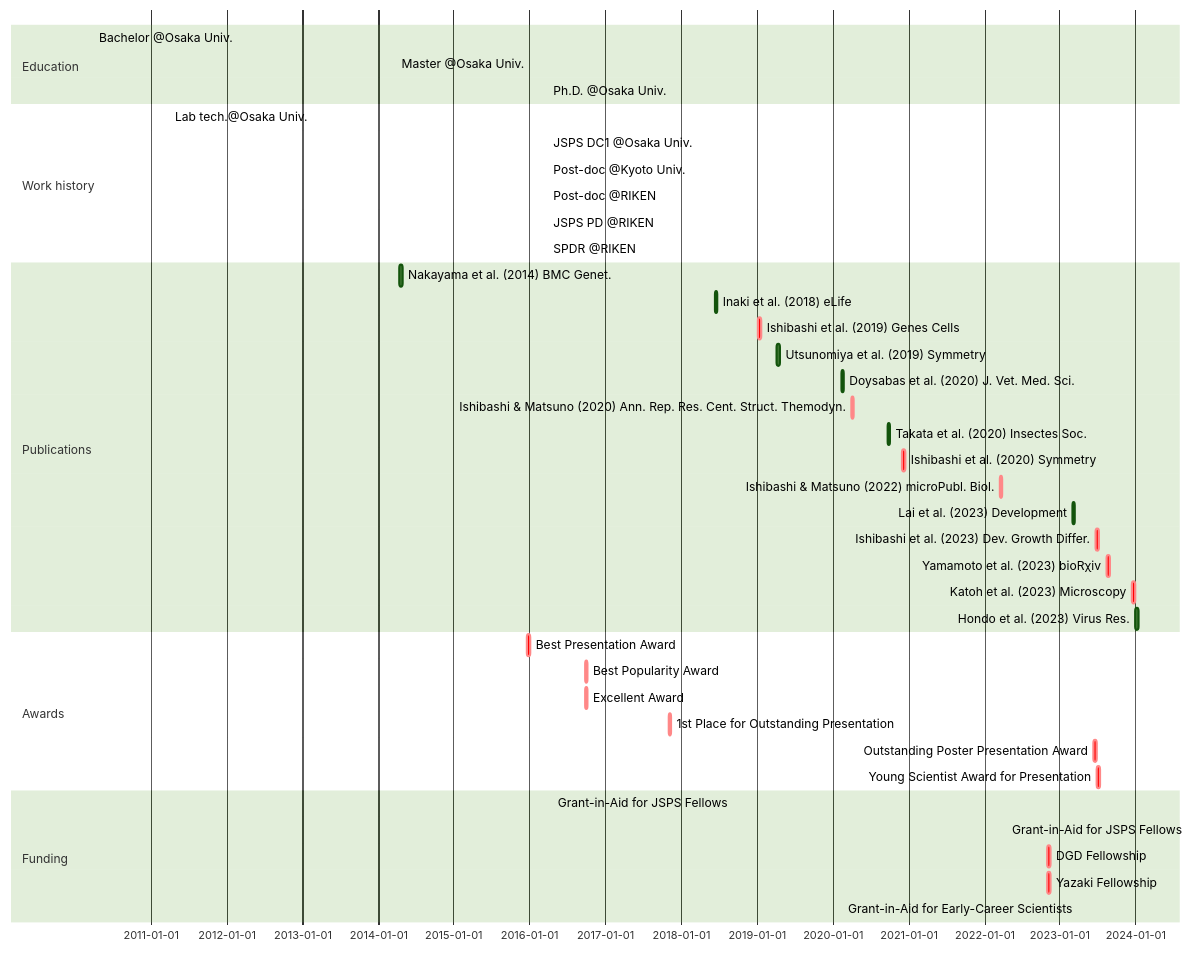
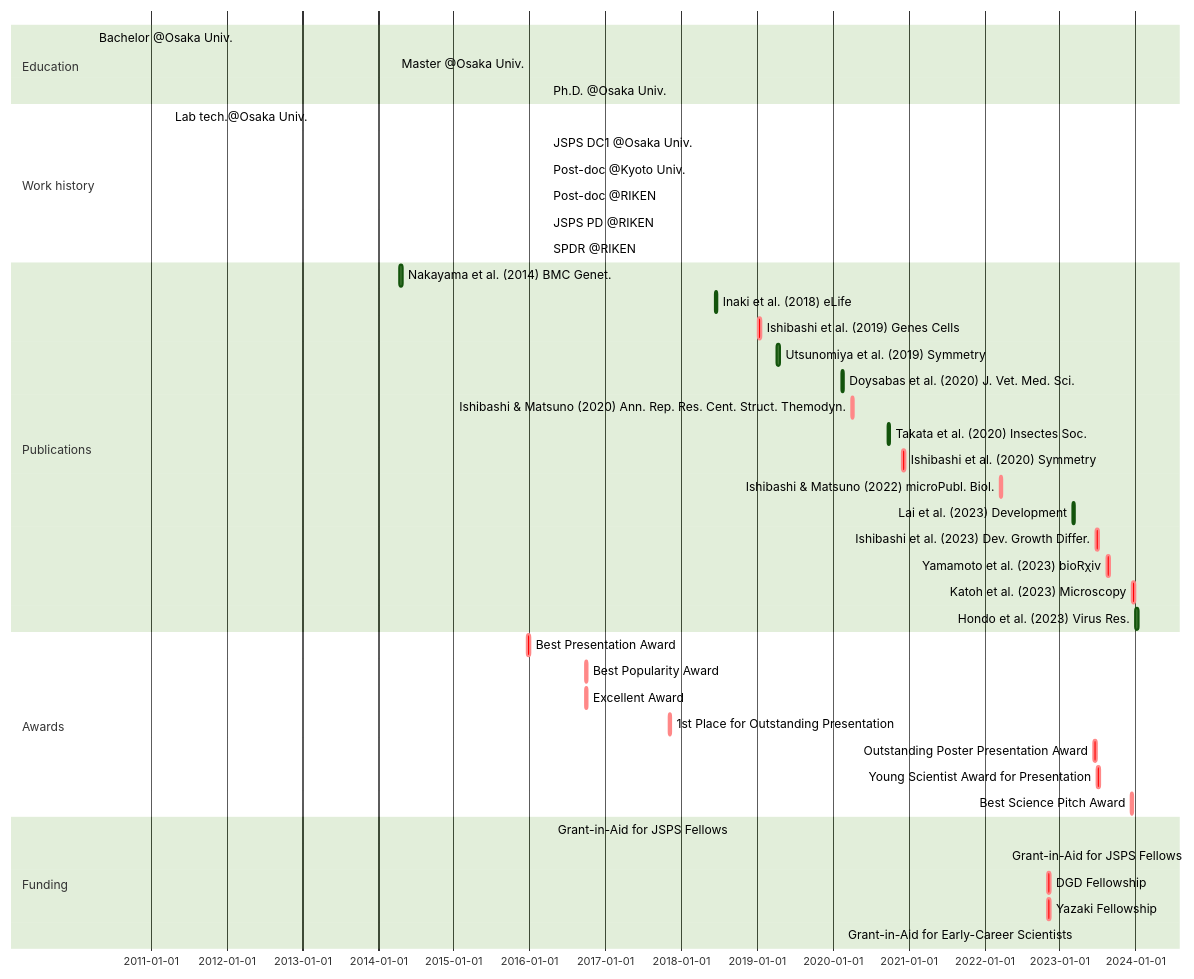
The diagram in _includes/mermaid-cv.md (ishibaki/ishibaki.github.io), drawn with Mermaid (forest theme) before and after one commit.

````diff
--- a/_includes/mermaid-cv.md
+++ b/_includes/mermaid-cv.md
@@ -1,42 +1,43 @@
 ```mermaid
 gantt
 section Education
   Bachelor @Osaka Univ. : BS, 2010-04-01, 2014-03-25
   Master @Osaka Univ.   : MS, 2014-04-01, 2016-03-28
   Ph.D. @Osaka Univ.    : Ph.D., 2016-04-01, 2019-03-25
 section Work history
   Lab tech.@Osaka Univ.     : done, OU-tech, 2011-04-01, 2012-03-31
   JSPS DC1 @Osaka Univ.     : done, DC1, 2016-04-01, 2019-03-31
   Post-doc @Kyoto Univ.     : done, KU-postdoc, after DC1, 2021-04-30
   Post-doc @RIKEN           : done, RIKEN-postdoc, after KU-postdoc, 2022-03-31
   JSPS PD @RIKEN            : done, PD, after RIKEN-postdoc, 2023-03-31
   SPDR @RIKEN               : active, SPDR, after PD, 2026-03-31
 section Publications
   Nakayama et al. (2014) BMC Genet.           :       nakayama2014, 2014-04-16, 2w
   Inaki et al. (2018) eLife                   :       inaki2018, 2018-06-12, 2w
   Ishibashi et al. (2019) Genes Cells         : crit, ishibashi2019, 2019-01-09, 2w
   Utsunomiya et al. (2019) Symmetry           :       utsunomiya2019, 2019-04-08, 2w
   Doysabas et al. (2020) J. Vet. Med. Sci.    :       doysabas2020, 2020-02-12, 2w
   Ishibashi & Matsuno (2020) Ann. Rep. Res. Cent. Struct. Themodyn. : crit, ishibashi2020a, 2020-04-01, 2w
   Takata et al. (2020) Insectes Soc.          :       takata2020, 2020-09-22, 2w
   Ishibashi et al. (2020) Symmetry            : crit, ishibashi2020b, 2020-12-02, 2w
   Ishibashi & Matsuno (2022) microPubl. Biol. : crit, ishibashi2022, 2022-03-18, 2w
   Lai et al. (2023) Development               :       lai2023, 2023-03-02, 2w
   Ishibashi et al. (2023) Dev. Growth Differ. : crit, ishibashi2023, 2023-06-25, 2w
   Yamamoto et al. (2023) bioRχiv              : crit, yamamoto2023, 2023-08-16, 2w
   Katoh et al. (2023) Microscopy              : crit, katoh2023, 2023-12-15, 2w
   Hondo et al. (2023) Virus Res.              :       hondo2024, 2024-01-02, 2w
 section Awards
   Best Presentation Award                  : crit, aw_1, 2015-12-20, 2w
   Best Popularity Award                    : crit, aw_2, 2016-09-25, 2w
   Excellent Award                          : crit, aw_3, 2016-09-25, 2w
   1st Place for Outstanding Presentation   : crit, aw_4, 2017-11-01, 2w
   Outstanding Poster Presentation Award    : crit, aw_5, 2023-06-15, 2w
   Young Scientist Award for Presentation   : crit, aw_6, 2023-06-29, 2w
+  Best Science Pitch Award                 : crit, aw_7, 2023-12-08, 2w
 section Funding
   Grant-in-Aid for JSPS Fellows             : done, grant_DC1, 2016-04-22, 2019-03-31
   Grant-in-Aid for JSPS Fellows             : active, grant_PD, 2022-04-22, 2025-03-31
   DGD Fellowship                            : crit, dgd_fellowship, 2022-11-04, 2w
   Yazaki Fellowship                         : crit, yazaki_fellowship, 2022-11-04, 2w
   Grant-in-Aid for Early-Career Scientists  : active, grant_ecs2023, 2023-04-01, 2026-03-31
 ```
````
